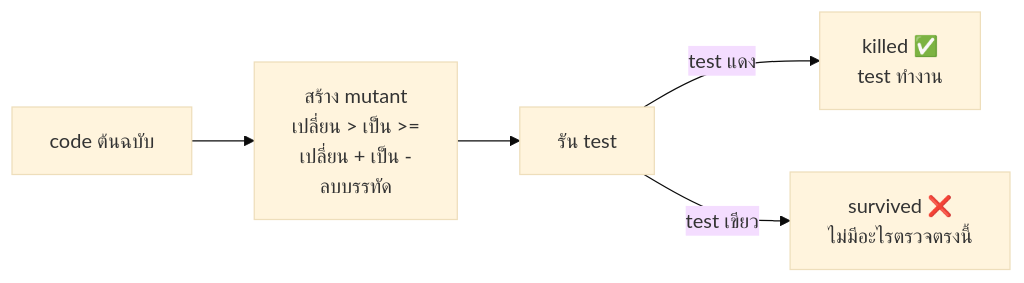
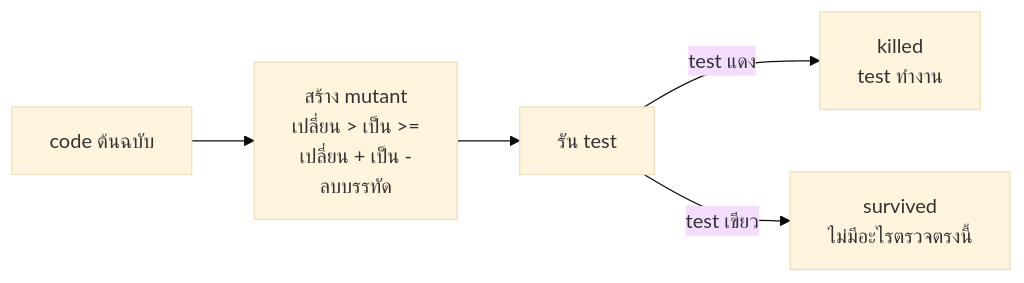
One commit to CE-SDPX/SDPX-AI changed the eighth of 19 diagrams in readings/03-software-testing.md. Above: the diagram before and after it, drawn with Mermaid (base theme). The commit also changed other lines of this file and 6 other files, not shown here.

````diff
--- a/readings/03-software-testing.md
+++ b/readings/03-software-testing.md
@@ -312,7 +309,7 @@
 ```mermaid
 flowchart LR
     S["code ต้นฉบับ"] --> M["สร้าง mutant<br/>เปลี่ยน > เป็น >=<br/>เปลี่ยน + เป็น -<br/>ลบบรรทัด"]
     M --> T["รัน test"]
-    T -->|"test แดง"| K["killed ✅<br/>test ทำงาน"]
-    T -->|"test เขียว"| SV["survived ❌<br/>ไม่มีอะไรตรวจตรงนี้"]
+    T -->|"test แดง"| K["killed<br/>test ทำงาน"]
+    T -->|"test เขียว"| SV["survived<br/>ไม่มีอะไรตรวจตรงนี้"]
 ```
````
